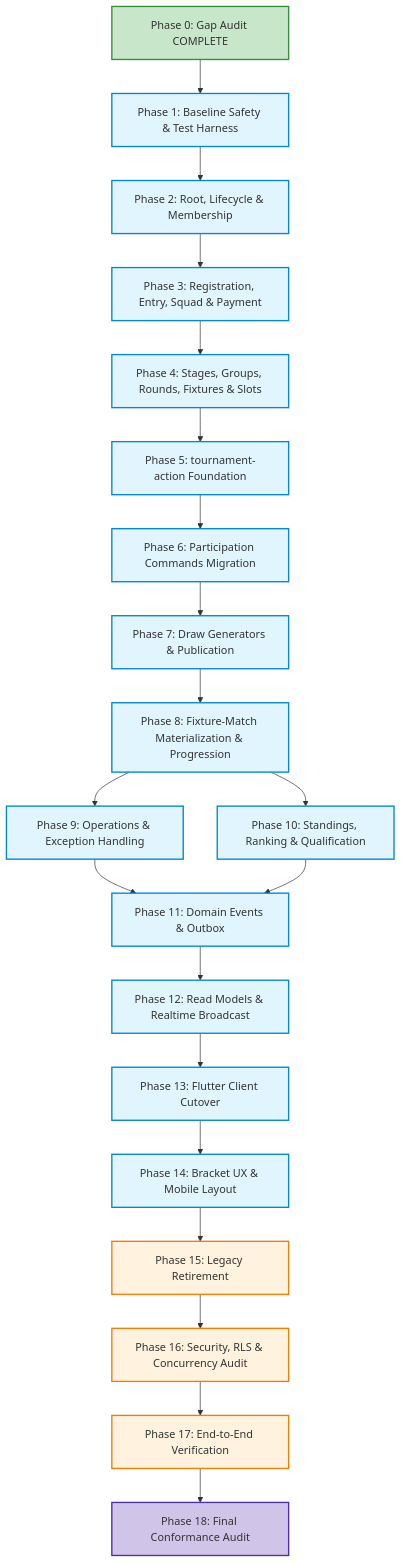
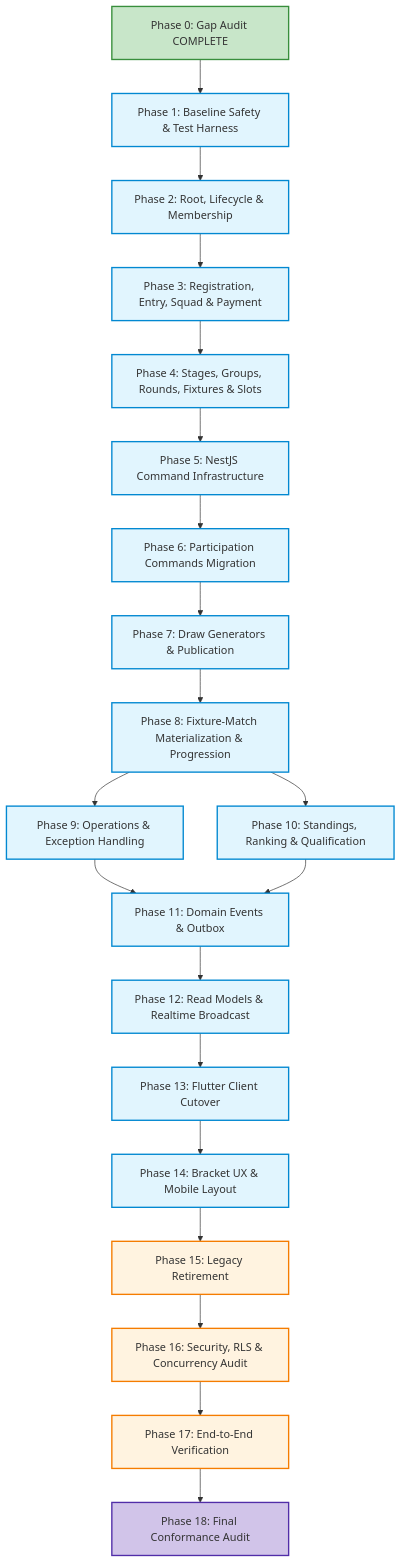
The third of 3 diagrams in docs/tournament/Tournament_Implementation_Status.md (MuhammadSaranKhalid/matchday), drawn with Mermaid before and after one commit. The commit also changed other lines of this file and 23 other files, not shown here.

First line of the commit message:
feat(tournaments): Phase 5 NestJS tournament command infrastructure

````diff
--- a/docs/tournament/Tournament_Implementation_Status.md
+++ b/docs/tournament/Tournament_Implementation_Status.md
@@ -380,42 +380,42 @@
 ```mermaid
 graph TD
     P0[Phase 0: Gap Audit COMPLETE] --> P1[Phase 1: Baseline Safety & Test Harness]
     P1 --> P2[Phase 2: Root, Lifecycle & Membership]
     P2 --> P3[Phase 3: Registration, Entry, Squad & Payment]
     P3 --> P4[Phase 4: Stages, Groups, Rounds, Fixtures & Slots]
-    P4 --> P5[Phase 5: tournament-action Foundation]
+    P4 --> P5[Phase 5: NestJS Command Infrastructure]
     P5 --> P6[Phase 6: Participation Commands Migration]
     P6 --> P7[Phase 7: Draw Generators & Publication]
     P7 --> P8[Phase 8: Fixture-Match Materialization & Progression]
     P8 --> P9[Phase 9: Operations & Exception Handling]
     P8 --> P10[Phase 10: Standings, Ranking & Qualification]
     P9 --> P11[Phase 11: Domain Events & Outbox]
     P10 --> P11
     P11 --> P12[Phase 12: Read Models & Realtime Broadcast]
     P12 --> P13[Phase 13: Flutter Client Cutover]
     P13 --> P14[Phase 14: Bracket UX & Mobile Layout]
     P14 --> P15[Phase 15: Legacy Retirement]
     P15 --> P16[Phase 16: Security, RLS & Concurrency Audit]
     P16 --> P17[Phase 17: End-to-End Verification]
     P17 --> P18[Phase 18: Final Conformance Audit]
 
     style P0 fill:#c8e6c9,stroke:#388e3c,stroke-width:2px
     style P1 fill:#e1f5fe,stroke:#0288d1,stroke-width:2px
     style P2 fill:#e1f5fe,stroke:#0288d1,stroke-width:2px
     style P3 fill:#e1f5fe,stroke:#0288d1,stroke-width:2px
     style P4 fill:#e1f5fe,stroke:#0288d1,stroke-width:2px
     style P5 fill:#e1f5fe,stroke:#0288d1,stroke-width:2px
     style P6 fill:#e1f5fe,stroke:#0288d1,stroke-width:2px
     style P7 fill:#e1f5fe,stroke:#0288d1,stroke-width:2px
     style P8 fill:#e1f5fe,stroke:#0288d1,stroke-width:2px
     style P9 fill:#e1f5fe,stroke:#0288d1,stroke-width:2px
     style P10 fill:#e1f5fe,stroke:#0288d1,stroke-width:2px
     style P11 fill:#e1f5fe,stroke:#0288d1,stroke-width:2px
     style P12 fill:#e1f5fe,stroke:#0288d1,stroke-width:2px
     style P13 fill:#e1f5fe,stroke:#0288d1,stroke-width:2px
     style P14 fill:#e1f5fe,stroke:#0288d1,stroke-width:2px
     style P15 fill:#fff3e0,stroke:#f57c00,stroke-width:2px
     style P16 fill:#fff3e0,stroke:#f57c00,stroke-width:2px
     style P17 fill:#fff3e0,stroke:#f57c00,stroke-width:2px
     style P18 fill:#d1c4e9,stroke:#512da8,stroke-width:2px
 ```
````
